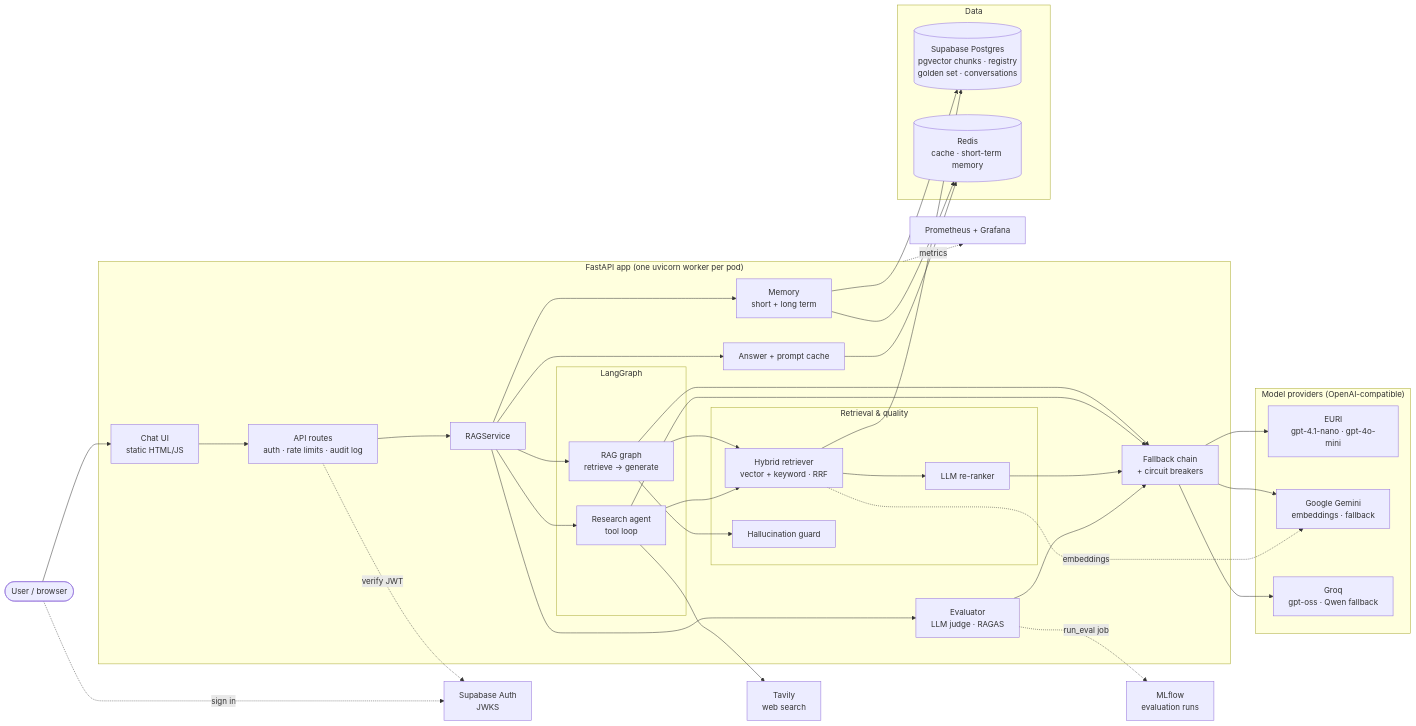
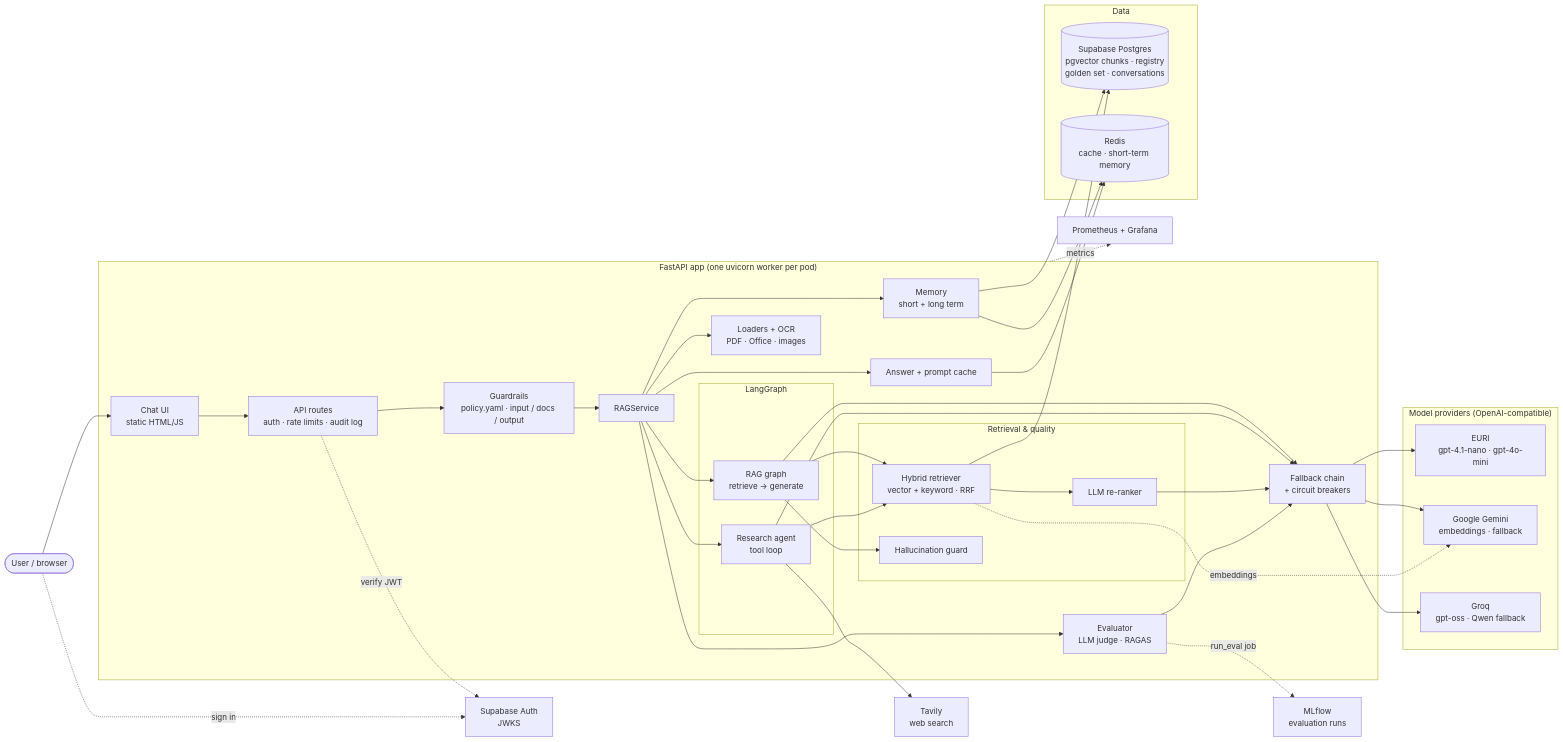
One commit to dhoraaiengineer-ai/Gen_AI_Projects changed the first of 3 diagrams in README.md. Above: the diagram before and after it, drawn with Mermaid. The commit also changed other lines of this file and 35 other files, not shown here.

First line of the commit message:
Add guardrails, OCR and metadata filtering

````diff
--- a/README.md
+++ b/README.md
@@ -59,57 +65,59 @@
 ```mermaid
 flowchart LR
     user([User / browser])
 
     subgraph app["FastAPI app (one uvicorn worker per pod)"]
         ui["Chat UI<br/>static HTML/JS"]
         api["API routes<br/>auth · rate limits · audit log"]
+        gr["Guardrails<br/>policy.yaml · input / docs / output"]
         svc["RAGService"]
         subgraph graphs["LangGraph"]
             rag["RAG graph<br/>retrieve → generate"]
             agent["Research agent<br/>tool loop"]
         end
         subgraph rag_core["Retrieval & quality"]
             ret["Hybrid retriever<br/>vector + keyword · RRF"]
             rr["LLM re-ranker"]
             guard["Hallucination guard"]
         end
         mem["Memory<br/>short + long term"]
         cache["Answer + prompt cache"]
         ev["Evaluator<br/>LLM judge · RAGAS"]
+        ocr["Loaders + OCR<br/>PDF · Office · images"]
         breaker["Fallback chain<br/>+ circuit breakers"]
     end
 
     subgraph data["Data"]
         pg[("Supabase Postgres<br/>pgvector chunks · registry<br/>golden set · conversations")]
         redis[("Redis<br/>cache · short-term memory")]
     end
 
     subgraph llm["Model providers (OpenAI-compatible)"]
         euri["EURI<br/>gpt-4.1-nano · gpt-4o-mini"]
         gemini["Google Gemini<br/>embeddings · fallback"]
         groq["Groq<br/>gpt-oss · Qwen fallback"]
     end
 
     tavily["Tavily<br/>web search"]
     supa["Supabase Auth<br/>JWKS"]
     obs["Prometheus + Grafana"]
     mlflow["MLflow<br/>evaluation runs"]
 
     user --> ui --> api
     user -. sign in .-> supa
     api -. verify JWT .-> supa
-    api --> svc
-    svc --> rag & agent & ev & mem & cache
+    api --> gr --> svc
+    svc --> rag & agent & ev & mem & cache & ocr
     rag --> ret --> rr
     rag --> guard
     agent --> ret
     agent --> tavily
     ret --> pg
     mem --> redis & pg
     cache --> redis
     rag & agent & rr & ev --> breaker
     breaker --> euri & gemini & groq
     ret -. embeddings .-> gemini
     app -. metrics .-> obs
     ev -. run_eval job .-> mlflow
 ```
````
